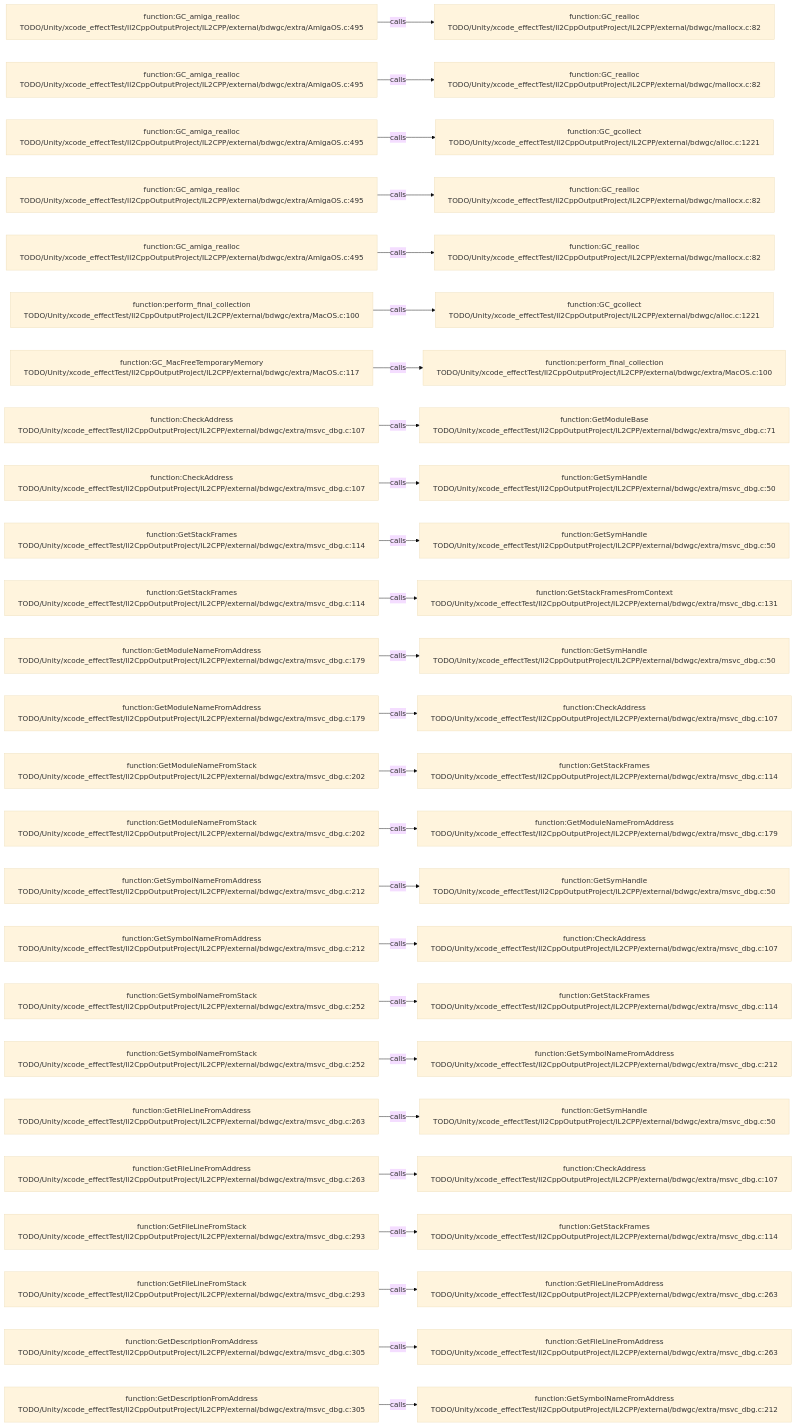
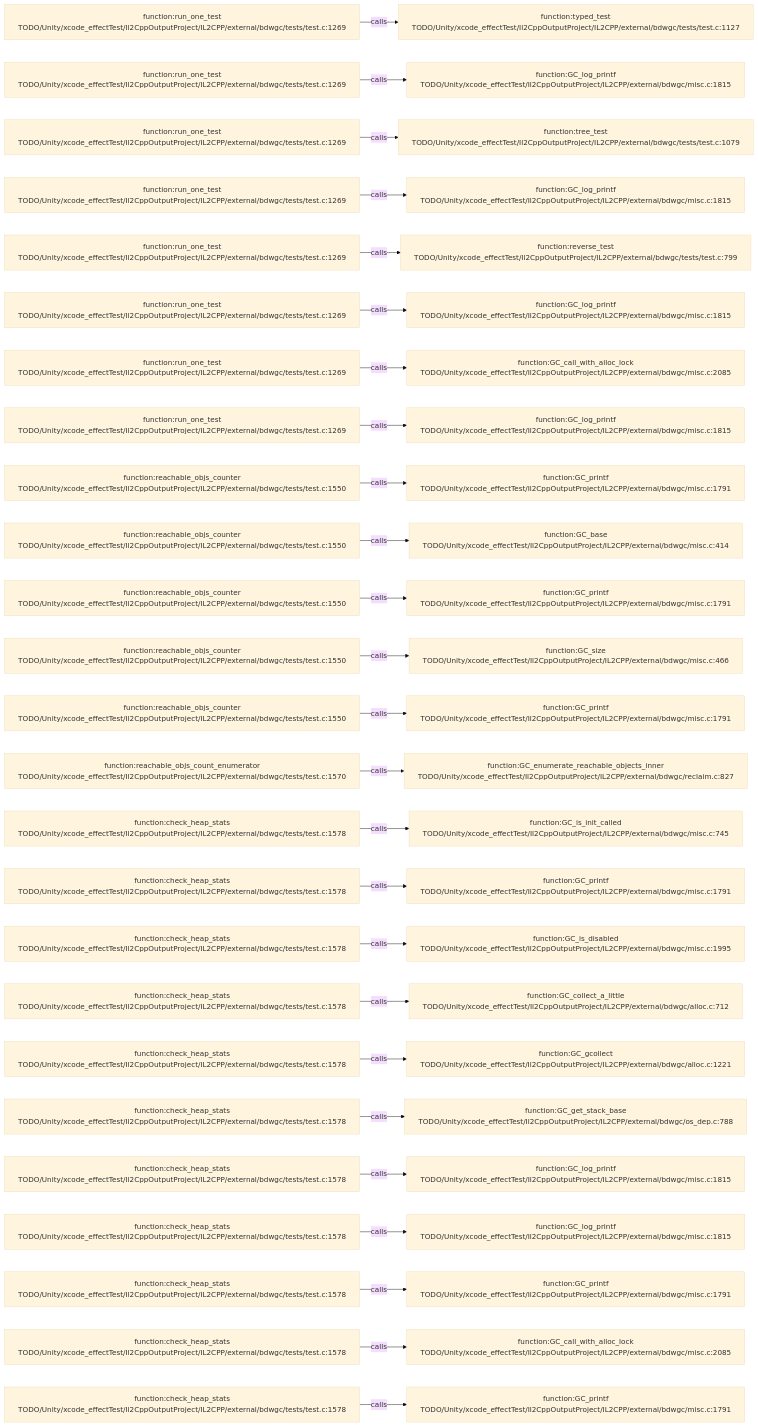
One commit to JobsKits/JobsSwiftBaseConfigDemo changed the diagram in .codegraph/codegraph.md/graphs/calls-174.md. Above: the diagram before and after it, drawn with Mermaid (base theme). The commit also changed 227 other files, not shown here.

````diff
--- a/.codegraph/codegraph.md/graphs/calls-174.md
+++ b/.codegraph/codegraph.md/graphs/calls-174.md
@@ -13,78 +13,78 @@
 ```mermaid
 flowchart LR
-  S1["function:GC_amiga_realloc<br/>TODO/Unity/xcode_effectTest/Il2CppOutputProject/IL2CPP/external/bdwgc/extra/AmigaOS.c:495"]
-  T1["function:GC_realloc<br/>TODO/Unity/xcode_effectTest/Il2CppOutputProject/IL2CPP/external/bdwgc/mallocx.c:82"]
+  S1["function:run_one_test<br/>TODO/Unity/xcode_effectTest/Il2CppOutputProject/IL2CPP/external/bdwgc/tests/test.c:1269"]
+  T1["function:typed_test<br/>TODO/Unity/xcode_effectTest/Il2CppOutputProject/IL2CPP/external/bdwgc/tests/test.c:1127"]
   S1 -->|calls| T1
-  S2["function:GC_amiga_realloc<br/>TODO/Unity/xcode_effectTest/Il2CppOutputProject/IL2CPP/external/bdwgc/extra/AmigaOS.c:495"]
-  T2["function:GC_realloc<br/>TODO/Unity/xcode_effectTest/Il2CppOutputProject/IL2CPP/external/bdwgc/mallocx.c:82"]
+  S2["function:run_one_test<br/>TODO/Unity/xcode_effectTest/Il2CppOutputProject/IL2CPP/external/bdwgc/tests/test.c:1269"]
+  T2["function:GC_log_printf<br/>TODO/Unity/xcode_effectTest/Il2CppOutputProject/IL2CPP/external/bdwgc/misc.c:1815"]
   S2 -->|calls| T2
-  S3["function:GC_amiga_realloc<br/>TODO/Unity/xcode_effectTest/Il2CppOutputProject/IL2CPP/external/bdwgc/extra/AmigaOS.c:495"]
-  T3["function:GC_gcollect<br/>TODO/Unity/xcode_effectTest/Il2CppOutputProject/IL2CPP/external/bdwgc/alloc.c:1221"]
+  S3["function:run_one_test<br/>TODO/Unity/xcode_effectTest/Il2CppOutputProject/IL2CPP/external/bdwgc/tests/test.c:1269"]
+  T3["function:tree_test<br/>TODO/Unity/xcode_effectTest/Il2CppOutputProject/IL2CPP/external/bdwgc/tests/test.c:1079"]
   S3 -->|calls| T3
-  S4["function:GC_amiga_realloc<br/>TODO/Unity/xcode_effectTest/Il2CppOutputProject/IL2CPP/external/bdwgc/extra/AmigaOS.c:495"]
-  T4["function:GC_realloc<br/>TODO/Unity/xcode_effectTest/Il2CppOutputProject/IL2CPP/external/bdwgc/mallocx.c:82"]
+  S4["function:run_one_test<br/>TODO/Unity/xcode_effectTest/Il2CppOutputProject/IL2CPP/external/bdwgc/tests/test.c:1269"]
+  T4["function:GC_log_printf<br/>TODO/Unity/xcode_effectTest/Il2CppOutputProject/IL2CPP/external/bdwgc/misc.c:1815"]
   S4 -->|calls| T4
-  S5["function:GC_amiga_realloc<br/>TODO/Unity/xcode_effectTest/Il2CppOutputProject/IL2CPP/external/bdwgc/extra/AmigaOS.c:495"]
-  T5["function:GC_realloc<br/>TODO/Unity/xcode_effectTest/Il2CppOutputProject/IL2CPP/external/bdwgc/mallocx.c:82"]
+  S5["function:run_one_test<br/>TODO/Unity/xcode_effectTest/Il2CppOutputProject/IL2CPP/external/bdwgc/tests/test.c:1269"]
+  T5["function:reverse_test<br/>TODO/Unity/xcode_effectTest/Il2CppOutputProject/IL2CPP/external/bdwgc/tests/test.c:799"]
   S5 -->|calls| T5
-  S6["function:perform_final_collection<br/>TODO/Unity/xcode_effectTest/Il2CppOutputProject/IL2CPP/external/bdwgc/extra/MacOS.c:100"]
-  T6["function:GC_gcollect<br/>TODO/Unity/xcode_effectTest/Il2CppOutputProject/IL2CPP/external/bdwgc/alloc.c:1221"]
+  S6["function:run_one_test<br/>TODO/Unity/xcode_effectTest/Il2CppOutputProject/IL2CPP/external/bdwgc/tests/test.c:1269"]
+  T6["function:GC_log_printf<br/>TODO/Unity/xcode_effectTest/Il2CppOutputProject/IL2CPP/external/bdwgc/misc.c:1815"]
   S6 -->|calls| T6
-  S7["function:GC_MacFreeTemporaryMemory<br/>TODO/Unity/xcode_effectTest/Il2CppOutputProject/IL2CPP/external/bdwgc/extra/MacOS.c:117"]
-  T7["function:perform_final_collection<br/>TODO/Unity/xcode_effectTest/Il2CppOutputProject/IL2CPP/external/bdwgc/extra/MacOS.c:100"]
+  S7["function:run_one_test<br/>TODO/Unity/xcode_effectTest/Il2CppOutputProject/IL2CPP/external/bdwgc/tests/test.c:1269"]
+  T7["function:GC_call_with_alloc_lock<br/>TODO/Unity/xcode_effectTest/Il2CppOutputProject/IL2CPP/external/bdwgc/misc.c:2085"]
   S7 -->|calls| T7
-  S8["function:CheckAddress<br/>TODO/Unity/xcode_effectTest/Il2CppOutputProject/IL2CPP/external/bdwgc/extra/msvc_dbg.c:107"]
-  T8["function:GetModuleBase<br/>TODO/Unity/xcode_effectTest/Il2CppOutputProject/IL2CPP/external/bdwgc/extra/msvc_dbg.c:71"]
+  S8["function:run_one_test<br/>TODO/Unity/xcode_effectTest/Il2CppOutputProject/IL2CPP/external/bdwgc/tests/test.c:1269"]
+  T8["function:GC_log_printf<br/>TODO/Unity/xcode_effectTest/Il2CppOutputProject/IL2CPP/external/bdwgc/misc.c:1815"]
   S8 -->|calls| T8
-  S9["function:CheckAddress<br/>TODO/Unity/xcode_effectTest/Il2CppOutputProject/IL2CPP/external/bdwgc/extra/msvc_dbg.c:107"]
-  T9["function:GetSymHandle<br/>TODO/Unity/xcode_effectTest/Il2CppOutputProject/IL2CPP/external/bdwgc/extra/msvc_dbg.c:50"]
+  S9["function:reachable_objs_counter<br/>TODO/Unity/xcode_effectTest/Il2CppOutputProject/IL2CPP/external/bdwgc/tests/test.c:1550"]
+  T9["function:GC_printf<br/>TODO/Unity/xcode_effectTest/Il2CppOutputProject/IL2CPP/external/bdwgc/misc.c:1791"]
   S9 -->|calls| T9
-  S10["function:GetStackFrames<br/>TODO/Unity/xcode_effectTest/Il2CppOutputProject/IL2CPP/external/bdwgc/extra/msvc_dbg.c:114"]
-  T10["function:GetSymHandle<br/>TODO/Unity/xcode_effectTest/Il2CppOutputProject/IL2CPP/external/bdwgc/extra/msvc_dbg.c:50"]
+  S10["function:reachable_objs_counter<br/>TODO/Unity/xcode_effectTest/Il2CppOutputProject/IL2CPP/external/bdwgc/tests/test.c:1550"]
+  T10["function:GC_base<br/>TODO/Unity/xcode_effectTest/Il2CppOutputProject/IL2CPP/external/bdwgc/misc.c:414"]
   S10 -->|calls| T10
-  S11["function:GetStackFrames<br/>TODO/Unity/xcode_effectTest/Il2CppOutputProject/IL2CPP/external/bdwgc/extra/msvc_dbg.c:114"]
-  T11["function:GetStackFramesFromContext<br/>TODO/Unity/xcode_effectTest/Il2CppOutputProject/IL2CPP/external/bdwgc/extra/msvc_dbg.c:131"]
+  S11["function:reachable_objs_counter<br/>TODO/Unity/xcode_effectTest/Il2CppOutputProject/IL2CPP/external/bdwgc/tests/test.c:1550"]
+  T11["function:GC_printf<br/>TODO/Unity/xcode_effectTest/Il2CppOutputProject/IL2CPP/external/bdwgc/misc.c:1791"]
   S11 -->|calls| T11
-  S12["function:GetModuleNameFromAddress<br/>TODO/Unity/xcode_effectTest/Il2CppOutputProject/IL2CPP/external/bdwgc/extra/msvc_dbg.c:179"]
-  T12["function:GetSymHandle<br/>TODO/Unity/xcode_effectTest/Il2CppOutputProject/IL2CPP/external/bdwgc/extra/msvc_dbg.c:50"]
+  S12["function:reachable_objs_counter<br/>TODO/Unity/xcode_effectTest/Il2CppOutputProject/IL2CPP/external/bdwgc/tests/test.c:1550"]
+  T12["function:GC_size<br/>TODO/Unity/xcode_effectTest/Il2CppOutputProject/IL2CPP/external/bdwgc/misc.c:466"]
   S12 -->|calls| T12
-  S13["function:GetModuleNameFromAddress<br/>TODO/Unity/xcode_effectTest/Il2CppOutputProject/IL2CPP/external/bdwgc/extra/msvc_dbg.c:179"]
-  T13["function:CheckAddress<br/>TODO/Unity/xcode_effectTest/Il2CppOutputProject/IL2CPP/external/bdwgc/extra/msvc_dbg.c:107"]
+  S13["function:reachable_objs_counter<br/>TODO/Unity/xcode_effectTest/Il2CppOutputProject/IL2CPP/external/bdwgc/tests/test.c:1550"]
+  T13["function:GC_printf<br/>TODO/Unity/xcode_effectTest/Il2CppOutputProject/IL2CPP/external/bdwgc/misc.c:1791"]
   S13 -->|calls| T13
-  S14["function:GetModuleNameFromStack<br/>TODO/Unity/xcode_effectTest/Il2CppOutputProject/IL2CPP/external/bdwgc/extra/msvc_dbg.c:202"]
-  T14["function:GetStackFrames<br/>TODO/Unity/xcode_effectTest/Il2CppOutputProject/IL2CPP/external/bdwgc/extra/msvc_dbg.c:114"]
+  S14["function:reachable_objs_count_enumerator<br/>TODO/Unity/xcode_effectTest/Il2CppOutputProject/IL2CPP/external/bdwgc/tests/test.c:1570"]
+  T14["function:GC_enumerate_reachable_objects_inner<br/>TODO/Unity/xcode_effectTest/Il2CppOutputProject/IL2CPP/external/bdwgc/reclaim.c:827"]
   S14 -->|calls| T14
-  S15["function:GetModuleNameFromStack<br/>TODO/Unity/xcode_effectTest/Il2CppOutputProject/IL2CPP/external/bdwgc/extra/msvc_dbg.c:202"]
-  T15["function:GetModuleNameFromAddress<br/>TODO/Unity/xcode_effectTest/Il2CppOutputProject/IL2CPP/external/bdwgc/extra/msvc_dbg.c:179"]
+  S15["function:check_heap_stats<br/>TODO/Unity/xcode_effectTest/Il2CppOutputProject/IL2CPP/external/bdwgc/tests/test.c:1578"]
+  T15["function:GC_is_init_called<br/>TODO/Unity/xcode_effectTest/Il2CppOutputProject/IL2CPP/external/bdwgc/misc.c:745"]
   S15 -->|calls| T15
-  S16["function:GetSymbolNameFromAddress<br/>TODO/Unity/xcode_effectTest/Il2CppOutputProject/IL2CPP/external/bdwgc/extra/msvc_dbg.c:212"]
-  T16["function:GetSymHandle<br/>TODO/Unity/xcode_effectTest/Il2CppOutputProject/IL2CPP/external/bdwgc/extra/msvc_dbg.c:50"]
+  S16["function:check_heap_stats<br/>TODO/Unity/xcode_effectTest/Il2CppOutputProject/IL2CPP/external/bdwgc/tests/test.c:1578"]
+  T16["function:GC_printf<br/>TODO/Unity/xcode_effectTest/Il2CppOutputProject/IL2CPP/external/bdwgc/misc.c:1791"]
   S16 -->|calls| T16
-  S17["function:GetSymbolNameFromAddress<br/>TODO/Unity/xcode_effectTest/Il2CppOutputProject/IL2CPP/external/bdwgc/extra/msvc_dbg.c:212"]
-  T17["function:CheckAddress<br/>TODO/Unity/xcode_effectTest/Il2CppOutputProject/IL2CPP/external/bdwgc/extra/msvc_dbg.c:107"]
+  S17["function:check_heap_stats<br/>TODO/Unity/xcode_effectTest/Il2CppOutputProject/IL2CPP/external/bdwgc/tests/test.c:1578"]
+  T17["function:GC_is_disabled<br/>TODO/Unity/xcode_effectTest/Il2CppOutputProject/IL2CPP/external/bdwgc/misc.c:1995"]
   S17 -->|calls| T17
-  S18["function:GetSymbolNameFromStack<br/>TODO/Unity/xcode_effectTest/Il2CppOutputProject/IL2CPP/external/bdwgc/extra/msvc_dbg.c:252"]
-  T18["function:GetStackFrames<br/>TODO/Unity/xcode_effectTest/Il2CppOutputProject/IL2CPP/external/bdwgc/extra/msvc_dbg.c:114"]
+  S18["function:check_heap_stats<br/>TODO/Unity/xcode_effectTest/Il2CppOutputProject/IL2CPP/external/bdwgc/tests/test.c:1578"]
+  T18["function:GC_collect_a_little<br/>TODO/Unity/xcode_effectTest/Il2CppOutputProject/IL2CPP/external/bdwgc/alloc.c:712"]
   S18 -->|calls| T18
-  S19["function:GetSymbolNameFromStack<br/>TODO/Unity/xcode_effectTest/Il2CppOutputProject/IL2CPP/external/bdwgc/extra/msvc_dbg.c:252"]
-  T19["function:GetSymbolNameFromAddress<br/>TODO/Unity/xcode_effectTest/Il2CppOutputProject/IL2CPP/external/bdwgc/extra/msvc_dbg.c:212"]
+  S19["function:check_heap_stats<br/>TODO/Unity/xcode_effectTest/Il2CppOutputProject/IL2CPP/external/bdwgc/tests/test.c:1578"]
+  T19["function:GC_gcollect<br/>TODO/Unity/xcode_effectTest/Il2CppOutputProject/IL2CPP/external/bdwgc/alloc.c:1221"]
   S19 -->|calls| T19
-  S20["function:GetFileLineFromAddress<br/>TODO/Unity/xcode_effectTest/Il2CppOutputProject/IL2CPP/external/bdwgc/extra/msvc_dbg.c:263"]
-  T20["function:GetSymHandle<br/>TODO/Unity/xcode_effectTest/Il2CppOutputProject/IL2CPP/external/bdwgc/extra/msvc_dbg.c:50"]
+  S20["function:check_heap_stats<br/>TODO/Unity/xcode_effectTest/Il2CppOutputProject/IL2CPP/external/bdwgc/tests/test.c:1578"]
+  T20["function:GC_get_stack_base<br/>TODO/Unity/xcode_effectTest/Il2CppOutputProject/IL2CPP/external/bdwgc/os_dep.c:788"]
   S20 -->|calls| T20
-  S21["function:GetFileLineFromAddress<br/>TODO/Unity/xcode_effectTest/Il2CppOutputProject/IL2CPP/external/bdwgc/extra/msvc_dbg.c:263"]
-  T21["function:CheckAddress<br/>TODO/Unity/xcode_effectTest/Il2CppOutputProject/IL2CPP/external/bdwgc/extra/msvc_dbg.c:107"]
+  S21["function:check_heap_stats<br/>TODO/Unity/xcode_effectTest/Il2CppOutputProject/IL2CPP/external/bdwgc/tests/test.c:1578"]
+  T21["function:GC_log_printf<br/>TODO/Unity/xcode_effectTest/Il2CppOutputProject/IL2CPP/external/bdwgc/misc.c:1815"]
   S21 -->|calls| T21
-  S22["function:GetFileLineFromStack<br/>TODO/Unity/xcode_effectTest/Il2CppOutputProject/IL2CPP/external/bdwgc/extra/msvc_dbg.c:293"]
-  T22["function:GetStackFrames<br/>TODO/Unity/xcode_effectTest/Il2CppOutputProject/IL2CPP/external/bdwgc/extra/msvc_dbg.c:114"]
+  S22["function:check_heap_stats<br/>TODO/Unity/xcode_effectTest/Il2CppOutputProject/IL2CPP/external/bdwgc/tests/test.c:1578"]
+  T22["function:GC_log_printf<br/>TODO/Unity/xcode_effectTest/Il2CppOutputProject/IL2CPP/external/bdwgc/misc.c:1815"]
   S22 -->|calls| T22
-  S23["function:GetFileLineFromStack<br/>TODO/Unity/xcode_effectTest/Il2CppOutputProject/IL2CPP/external/bdwgc/extra/msvc_dbg.c:293"]
-  T23["function:GetFileLineFromAddress<br/>TODO/Unity/xcode_effectTest/Il2CppOutputProject/IL2CPP/external/bdwgc/extra/msvc_dbg.c:263"]
+  S23["function:check_heap_stats<br/>TODO/Unity/xcode_effectTest/Il2CppOutputProject/IL2CPP/external/bdwgc/tests/test.c:1578"]
+  T23["function:GC_printf<br/>TODO/Unity/xcode_effectTest/Il2CppOutputProject/IL2CPP/external/bdwgc/misc.c:1791"]
   S23 -->|calls| T23
-  S24["function:GetDescriptionFromAddress<br/>TODO/Unity/xcode_effectTest/Il2CppOutputProject/IL2CPP/external/bdwgc/extra/msvc_dbg.c:305"]
-  T24["function:GetFileLineFromAddress<br/>TODO/Unity/xcode_effectTest/Il2CppOutputProject/IL2CPP/external/bdwgc/extra/msvc_dbg.c:263"]
+  S24["function:check_heap_stats<br/>TODO/Unity/xcode_effectTest/Il2CppOutputProject/IL2CPP/external/bdwgc/tests/test.c:1578"]
+  T24["function:GC_call_with_alloc_lock<br/>TODO/Unity/xcode_effectTest/Il2CppOutputProject/IL2CPP/external/bdwgc/misc.c:2085"]
   S24 -->|calls| T24
-  S25["function:GetDescriptionFromAddress<br/>TODO/Unity/xcode_effectTest/Il2CppOutputProject/IL2CPP/external/bdwgc/extra/msvc_dbg.c:305"]
-  T25["function:GetSymbolNameFromAddress<br/>TODO/Unity/xcode_effectTest/Il2CppOutputProject/IL2CPP/external/bdwgc/extra/msvc_dbg.c:212"]
+  S25["function:check_heap_stats<br/>TODO/Unity/xcode_effectTest/Il2CppOutputProject/IL2CPP/external/bdwgc/tests/test.c:1578"]
+  T25["function:GC_printf<br/>TODO/Unity/xcode_effectTest/Il2CppOutputProject/IL2CPP/external/bdwgc/misc.c:1791"]
   S25 -->|calls| T25
 ```
````
